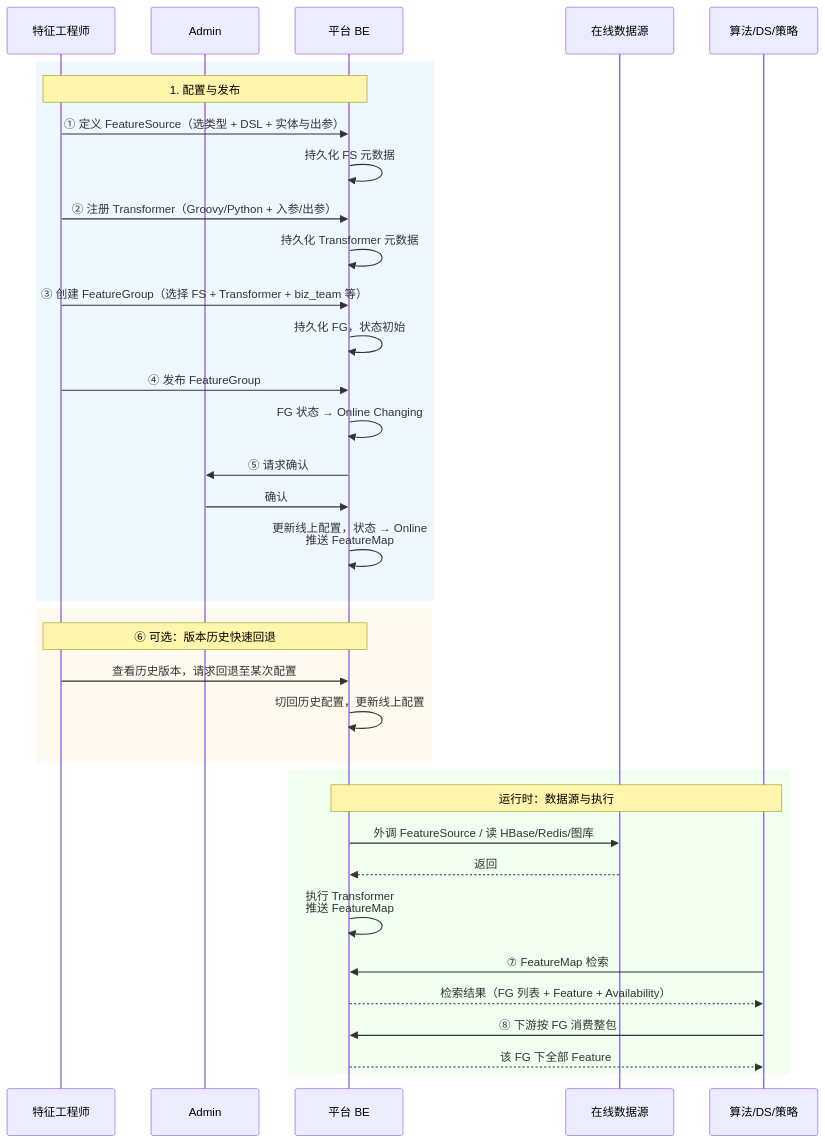
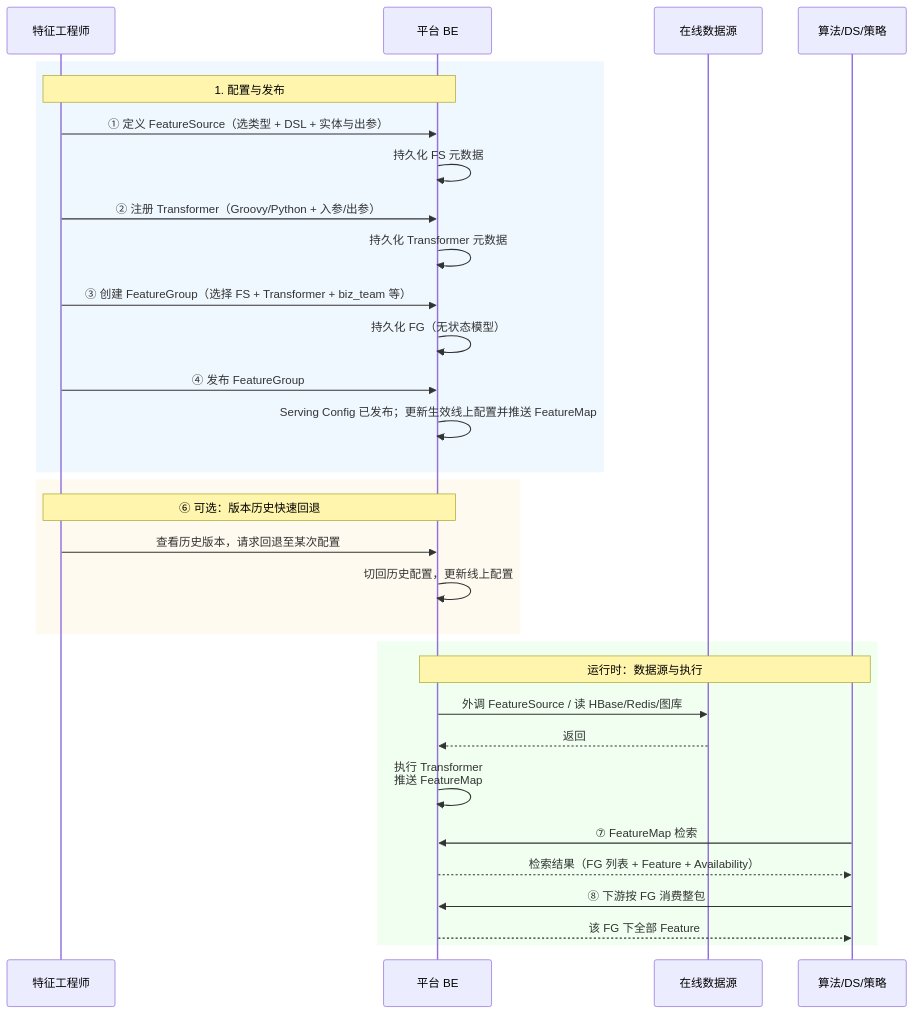
The diagram in docs/design/prd/产品与交付示意图.md (Cedric-Chan/FeatureStore), drawn with Mermaid before and after one commit. The commit also changed other lines of this file and 14 other files, not shown here.

````diff
--- a/docs/design/prd/产品与交付示意图.md
+++ b/docs/design/prd/产品与交付示意图.md
@@ -153,40 +155,36 @@
 ```mermaid
 sequenceDiagram
   participant FE as 特征工程师
-  participant Admin as Admin
   participant BE as 平台 BE
   participant DS as 在线数据源
   participant Consumer as 算法/DS/策略
 
   rect rgb(240, 248, 255)
     Note over FE,BE: 1. 配置与发布
     FE->>BE: ① 定义 FeatureSource（选类型 + DSL + 实体与出参）
     BE->>BE: 持久化 FS 元数据
     FE->>BE: ② 注册 Transformer（Groovy/Python + 入参/出参）
     BE->>BE: 持久化 Transformer 元数据
     FE->>BE: ③ 创建 FeatureGroup（选择 FS + Transformer + biz_team 等）
-    BE->>BE: 持久化 FG，状态初始
+    BE->>BE: 持久化 FG（无状态模型）
     FE->>BE: ④ 发布 FeatureGroup
-    BE->>BE: FG 状态 → Online Changing
-    BE->>Admin: ⑤ 请求确认
-    Admin->>BE: 确认
-    BE->>BE: 更新线上配置，状态 → Online<br/>推送 FeatureMap
+    BE->>BE: Serving Config 已发布；更新生效线上配置并推送 FeatureMap
   end
 
   rect rgb(255, 250, 240)
     Note over FE,BE: ⑥ 可选：版本历史快速回退
     FE->>BE: 查看历史版本，请求回退至某次配置
     BE->>BE: 切回历史配置，更新线上配置
   end
 
   rect rgb(240, 255, 240)
     Note over BE,Consumer: 运行时：数据源与执行
     BE->>DS: 外调 FeatureSource / 读 HBase/Redis/图库
     DS-->>BE: 返回
     BE->>BE: 执行 Transformer<br/>推送 FeatureMap
     Consumer->>BE: ⑦ FeatureMap 检索
     BE-->>Consumer: 检索结果（FG 列表 + Feature + Availability）
     Consumer->>BE: ⑧ 下游按 FG 消费整包
     BE-->>Consumer: 该 FG 下全部 Feature
   end
 ```
````
